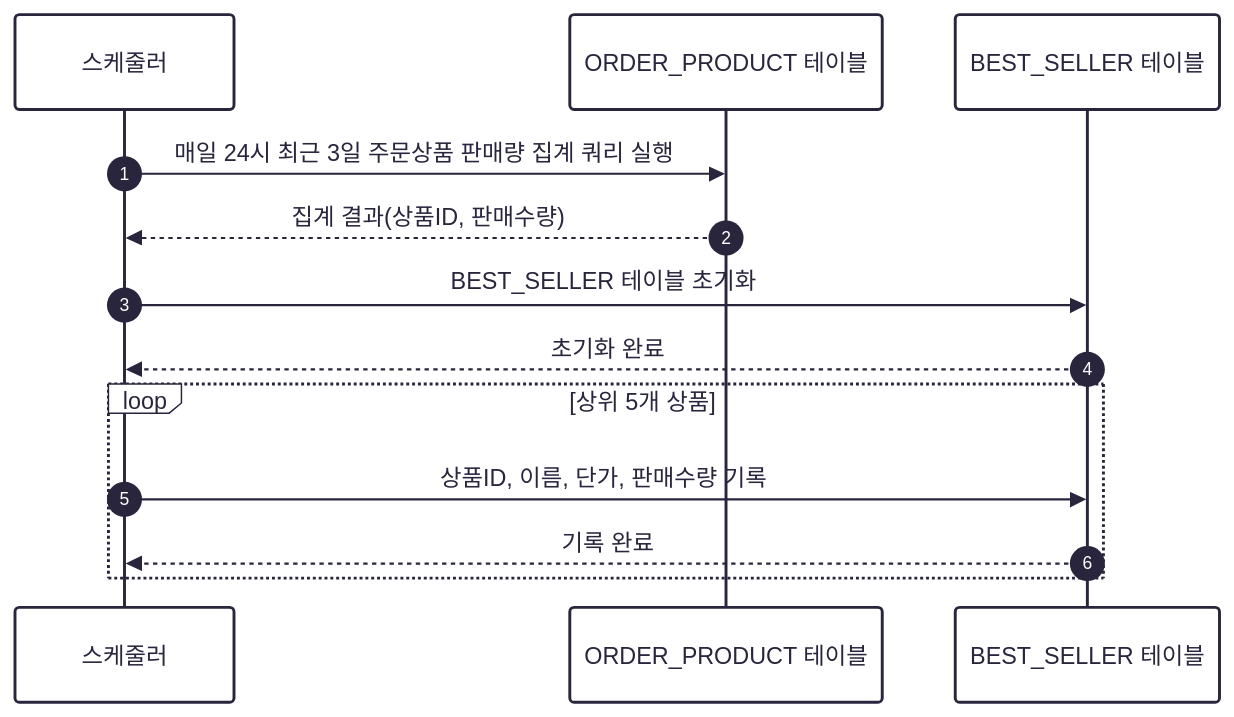
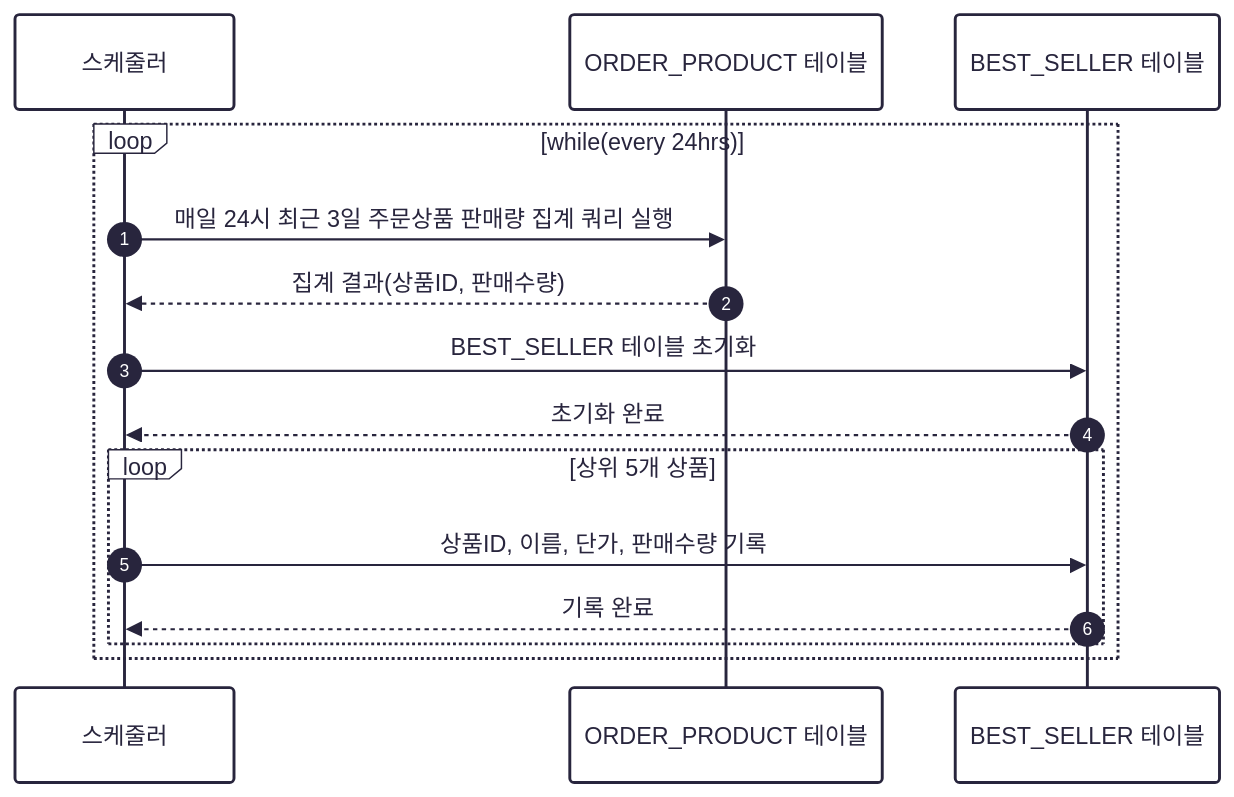
The eighth of 8 diagrams in docs/sequence_diagram.md (kdmstj/hanghae_ecommerce), drawn with Mermaid before and after one commit.

Commit message:
docs: 시퀀스 다이어그램 수정
- 24시간마다 실행되는 스케줄러의 표현을 loop 로 하여 가독성을 높였습니다.

````diff
--- a/docs/sequence_diagram.md
+++ b/docs/sequence_diagram.md
@@ -266,20 +266,23 @@
 ```mermaid
 ---
 config:
   theme: redux
 ---
 sequenceDiagram
     autonumber
     participant Scheduler as 스케줄러
     participant OrderProduct as ORDER_PRODUCT 테이블
     participant BestSeller as BEST_SELLER 테이블
+    
+    loop while(every 24hrs)
 
-    Scheduler->>OrderProduct: 매일 24시 최근 3일 주문상품 판매량 집계 쿼리 실행
-    OrderProduct-->>Scheduler: 집계 결과(상품ID, 판매수량)
-    Scheduler->>BestSeller: BEST_SELLER 테이블 초기화
-    BestSeller-->>Scheduler: 초기화 완료
-    loop 상위 5개 상품
-        Scheduler->>BestSeller: 상품ID, 이름, 단가, 판매수량 기록
-        BestSeller-->>Scheduler: 기록 완료
-    end
+	    Scheduler->>OrderProduct: 매일 24시 최근 3일 주문상품 판매량 집계 쿼리 실행
+	    OrderProduct-->>Scheduler: 집계 결과(상품ID, 판매수량)
+	    Scheduler->>BestSeller: BEST_SELLER 테이블 초기화
+	    BestSeller-->>Scheduler: 초기화 완료
+	    loop 상위 5개 상품
+	        Scheduler->>BestSeller: 상품ID, 이름, 단가, 판매수량 기록
+	        BestSeller-->>Scheduler: 기록 완료
+	    end
+	end
 ```
````
